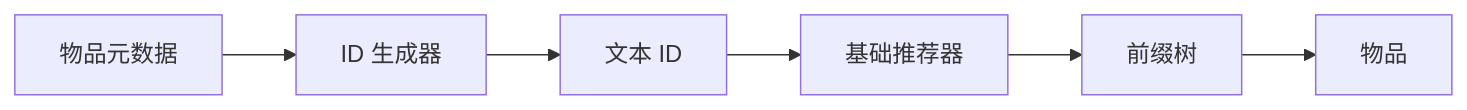
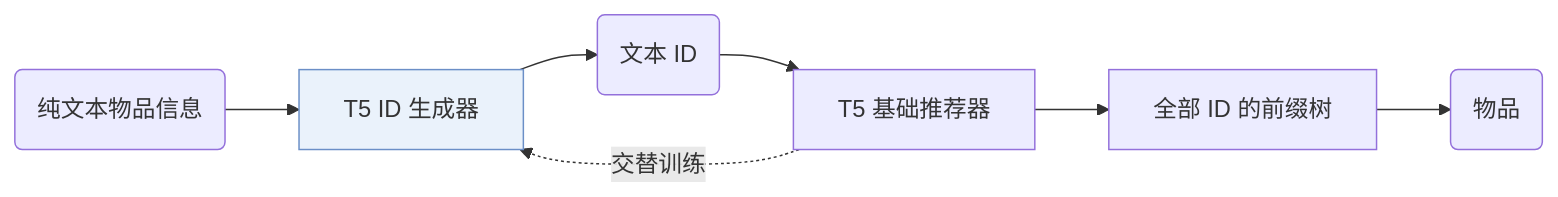
The first of 2 diagrams in notes/zh/idgenrec.md (Galaxy-ghost/Awesome-SID-Generative-Rec), drawn with Mermaid before and after one commit. The commit also changed other lines of this file and 521 other files, not shown here.

Commit message:
writer-04 part 3: algorithm diagrams with shared shape conventions, README hero and paper cards, archive removed

````diff
--- a/notes/zh/idgenrec.md
+++ b/notes/zh/idgenrec.md
@@ -13,8 +13,10 @@
 ```mermaid
 flowchart LR
-    A[物品元数据] --> B[ID 生成器]
-    B --> C[文本 ID]
-    C --> D[基础推荐器]
-    D --> E[前缀树]
-    E --> F[物品]
+    A("纯文本物品信息") --> B["T5 ID 生成器"]:::key
+    B --> C("文本 ID")
+    C --> D["T5 基础推荐器"]
+    D --> E["全部 ID 的前缀树"]
+    E --> F("物品")
+    D -.->|交替训练| B
+    classDef key fill:#eaf2fb,stroke:#6b8fc7
 ```
````
